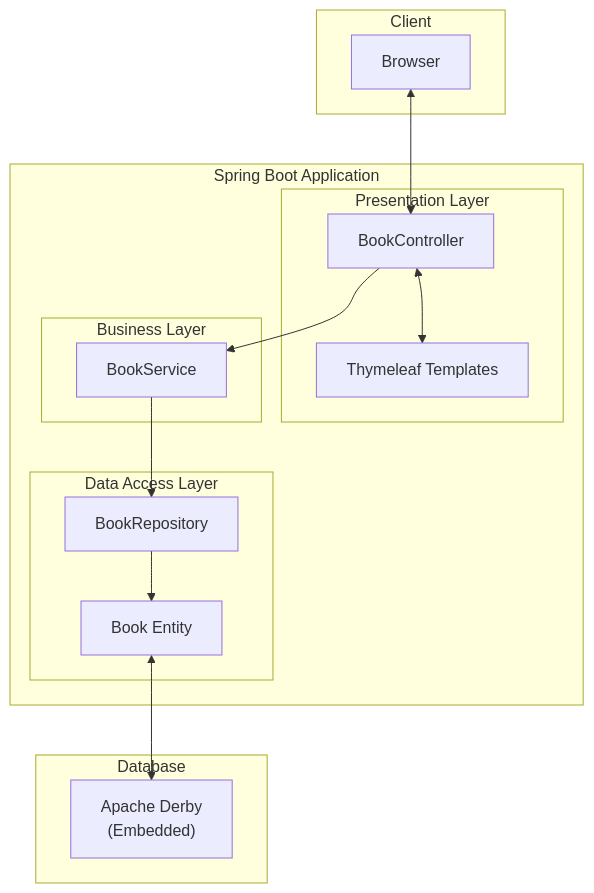
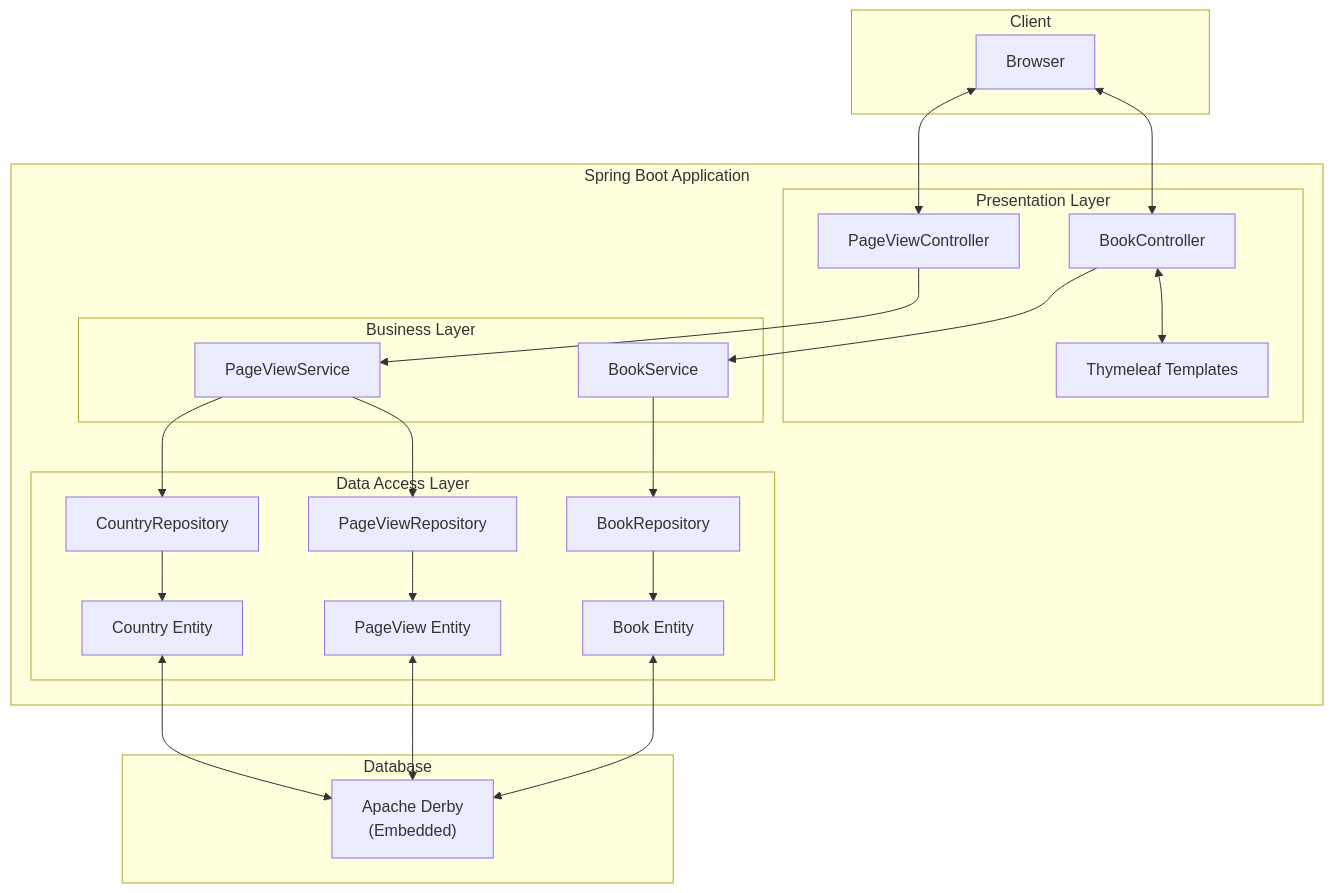
The second of 4 diagrams in docs/architecture_diagram.md (LearnWithLlew/LoadersAndSavers.java), drawn with Mermaid before and after one commit. The commit also changed other lines of this file and 9 other files, not shown here.

````diff
--- a/docs/architecture_diagram.md
+++ b/docs/architecture_diagram.md
@@ -69,33 +120,47 @@
 ```mermaid
 flowchart TB
     subgraph Client
         Browser
     end
 
     subgraph "Spring Boot Application"
         subgraph "Presentation Layer"
             Controller["BookController"]
             View["Thymeleaf Templates"]
+            PageViewController["PageViewController"]
         end
         
         subgraph "Business Layer"
             Service["BookService"]
+            PageViewService["PageViewService"]
         end
         
         subgraph "Data Access Layer"
             Repository["BookRepository"]
             Entity["Book Entity"]
+            PageViewRepository["PageViewRepository"]
+            PageViewEntity["PageView Entity"]
+            CountryRepository["CountryRepository"]
+            CountryEntity["Country Entity"]
         end
     end
     
     subgraph "Database"
         Derby["Apache Derby\n(Embedded)"]
     end
     
     Browser <--> Controller
+    Browser <--> PageViewController
     Controller <--> View
     Controller --> Service
+    PageViewController --> PageViewService
     Service --> Repository
+    PageViewService --> PageViewRepository
+    PageViewService --> CountryRepository
     Repository --> Entity
+    PageViewRepository --> PageViewEntity
+    CountryRepository --> CountryEntity
     Entity <--> Derby
+    PageViewEntity <--> Derby
+    CountryEntity <--> Derby
 ```
````
